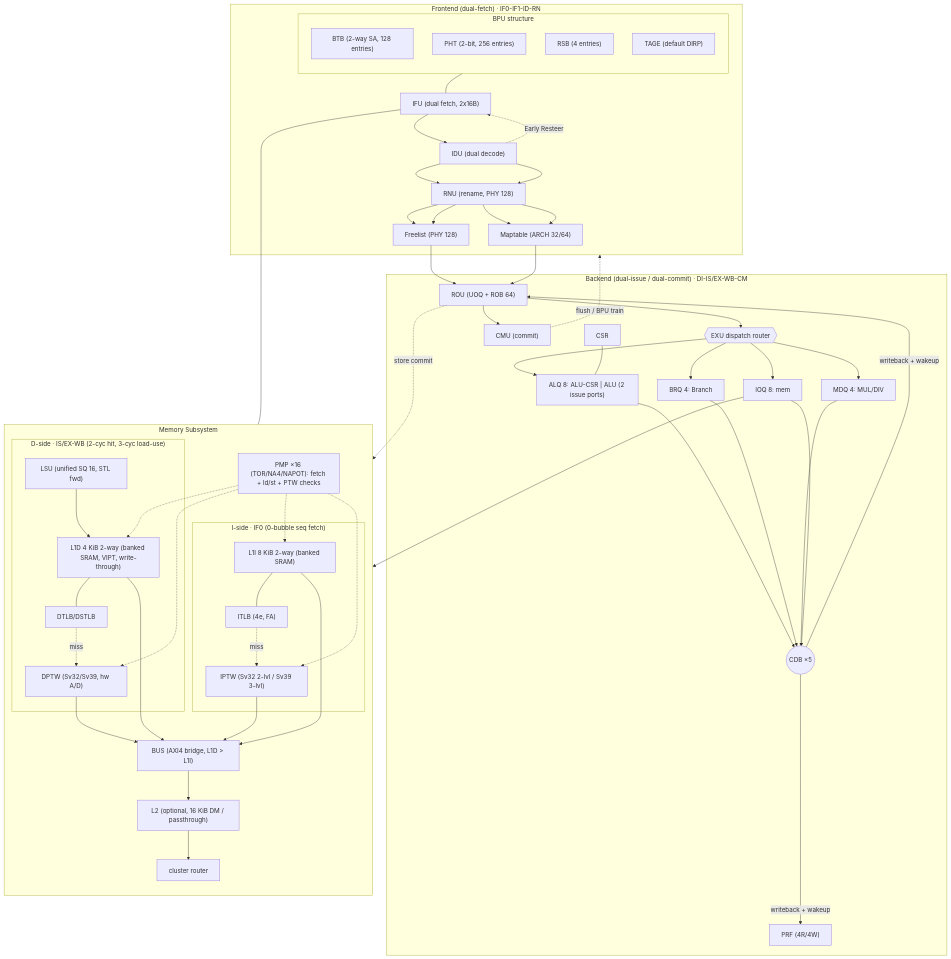
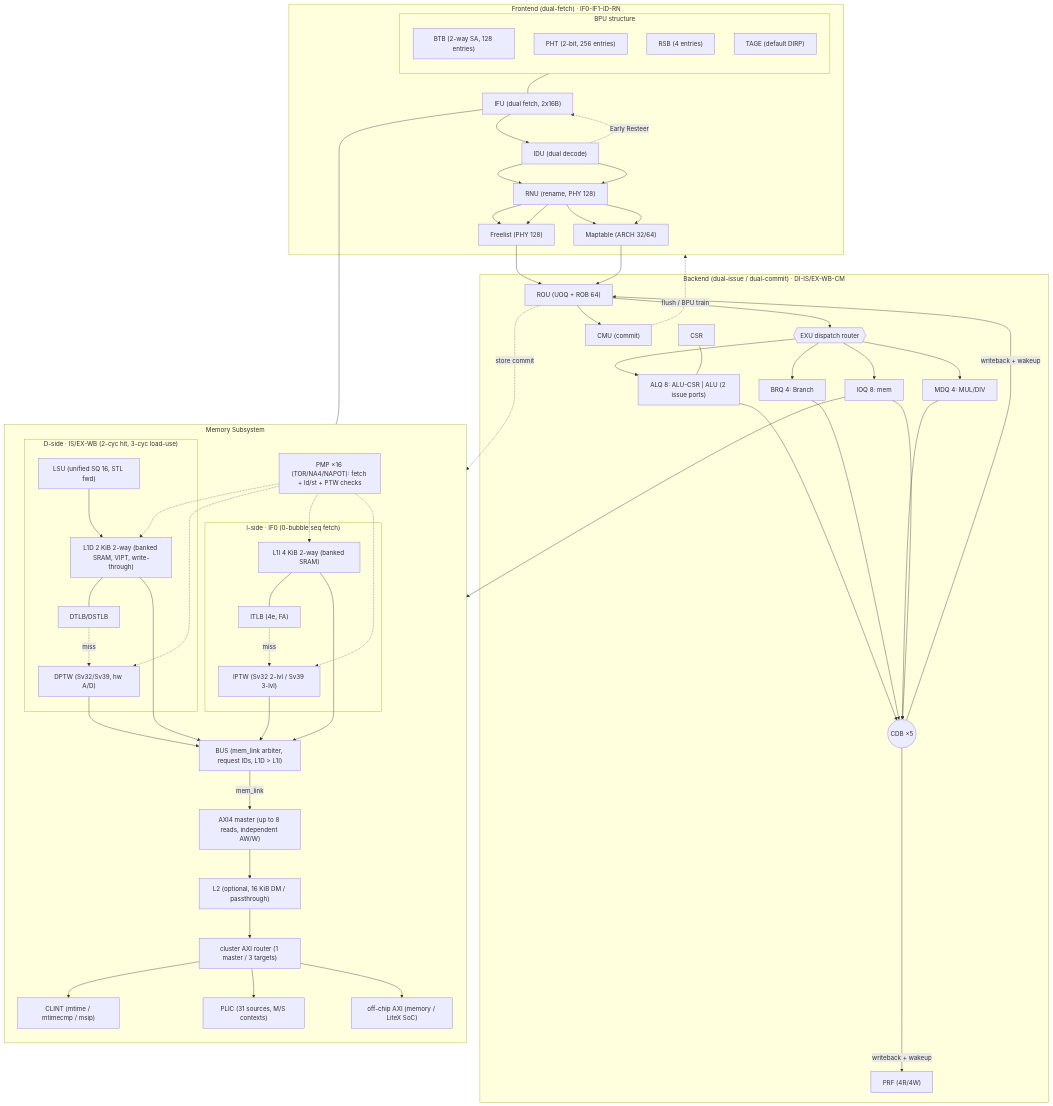
Before and after one commit to Kingfish404/raptor-chip: the diagram in README.md, drawn with Mermaid. The commit also changed other lines of this file and 141 other files, not shown here.

````diff
--- a/README.md
+++ b/README.md
@@ -38,68 +38,73 @@
 ```mermaid
 flowchart TD
   subgraph BPU["BPU structure"]
     direction TD
     BTB["BTB (2-way SA, 128 entries)"]
     PHT["PHT (2-bit, 256 entries)"]
     RSB["RSB (4 entries)"]
     TAGE["TAGE (default DIRP)"]
   end
   subgraph FE["Frontend (dual-fetch) · IF0-IF1-ID-RN"]
     BPU["BPU (TAGE/BTB/RSB)"]
     IFU["IFU (dual fetch, 2x16B)"]
     IDU["IDU (dual decode)"]
     RNU["RNU (rename, PHY 128)"]
     FL["Freelist (PHY 128)"]
     MAP["Maptable (ARCH 32/64)"]
   end
   subgraph BE["Backend (dual-issue / dual-commit) · DI-IS/EX-WB-CM"]
     ROU["ROU (UOQ + ROB 64)"]
     RT{{"EXU dispatch router"}}
     PAB["ALQ 8: ALU-CSR | ALU (2 issue ports)"]
     PBR["BRQ 4: Branch"]
     PM["MDQ 4: MUL/DIV"]
     PQ["IOQ 8: mem"]
     CDB(("CDB ×5"))
     PRF["PRF (4R/4W)"]
     CMU["CMU (commit)"]
     CSR
   end
   subgraph MEM["Memory Subsystem"]
     direction TD
     subgraph IMEM["I-side · IF0 (0-bubble seq fetch)"]
-      L1I["L1I 8 KiB 2-way (banked SRAM)"]
+      L1I["L1I 4 KiB 2-way (banked SRAM)"]
       ITLB["ITLB (4e, FA)"]
       IPTW["IPTW (Sv32 2-lvl / Sv39 3-lvl)"]
     end
     subgraph DMEM["D-side · IS/EX-WB (2-cyc hit, 3-cyc load-use)"]
       LSU["LSU (unified SQ 16, STL fwd)"]
-      L1D["L1D 4 KiB 2-way (banked SRAM, VIPT, write-through)"]
+      L1D["L1D 2 KiB 2-way (banked SRAM, VIPT, write-through)"]
       DTLB["DTLB/DSTLB"]
       DPTW["DPTW (Sv32/Sv39, hw A/D)"]
     end
     PMPC["PMP ×16 (TOR/NA4/NAPOT): fetch + ld/st + PTW checks"]
-    BUS["BUS (AXI4 bridge, L1D > L1I)"]
+    BUS["BUS (mem_link arbiter, request IDs, L1D > L1I)"]
+    AXIM["AXI4 master (up to 8 reads, independent AW/W)"]
     L2["L2 (optional, 16 KiB DM / passthrough)"]
-    RTR["cluster router"]
+    RTR["cluster AXI router (1 master / 3 targets)"]
+    CLINT["CLINT (mtime / mtimecmp / msip)"]
+    PLIC["PLIC (31 sources, M/S contexts)"]
+    EXT["off-chip AXI (memory / LiteX SoC)"]
   end
   BPU --- IFU
   IFU --> IDU --> RNU --> FL & MAP
   IDU -."Early Resteer".-> IFU
   IDU --> RNU --> FL & MAP --> ROU --> RT
   RT --> PAB & PBR & PM & PQ
   PAB & PBR & PM & PQ --> CDB
   CDB -->|"writeback + wakeup"| ROU & PRF
   ROU --> CMU
   ROU -."store commit".-> LSU
   CMU -."flush / BPU train".-> FE
   CSR --- PAB
   IFU --- L1I
   L1I --- ITLB
   ITLB -."miss".-> IPTW
   PQ --> LSU --> L1D
   L1D --- DTLB
   DTLB -."miss".-> DPTW
   PMPC -.-> L1I & L1D & IPTW & DPTW
   L1I & L1D & IPTW & DPTW --> BUS
-  BUS --> L2 --> RTR
+  BUS -->|mem_link| AXIM --> L2 --> RTR
+  RTR --> CLINT & PLIC & EXT
 ```
````
